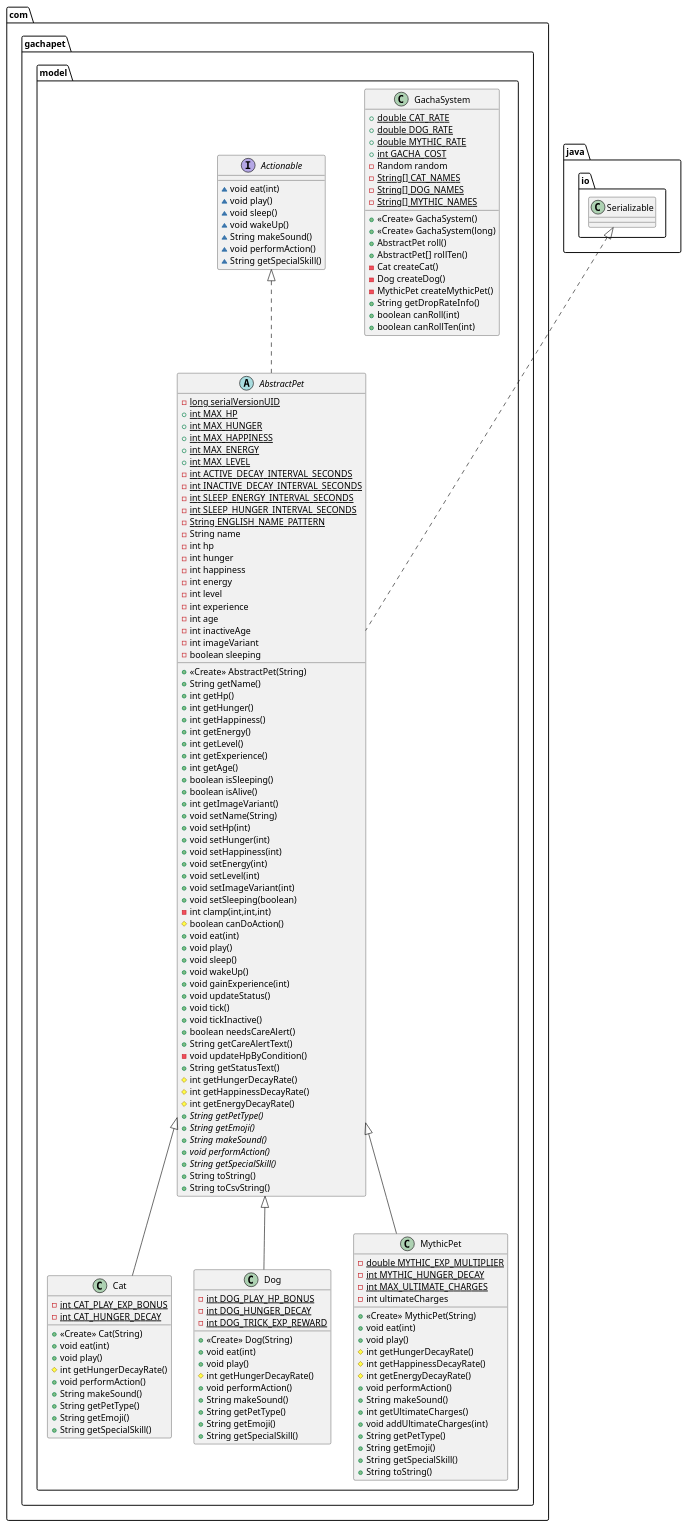
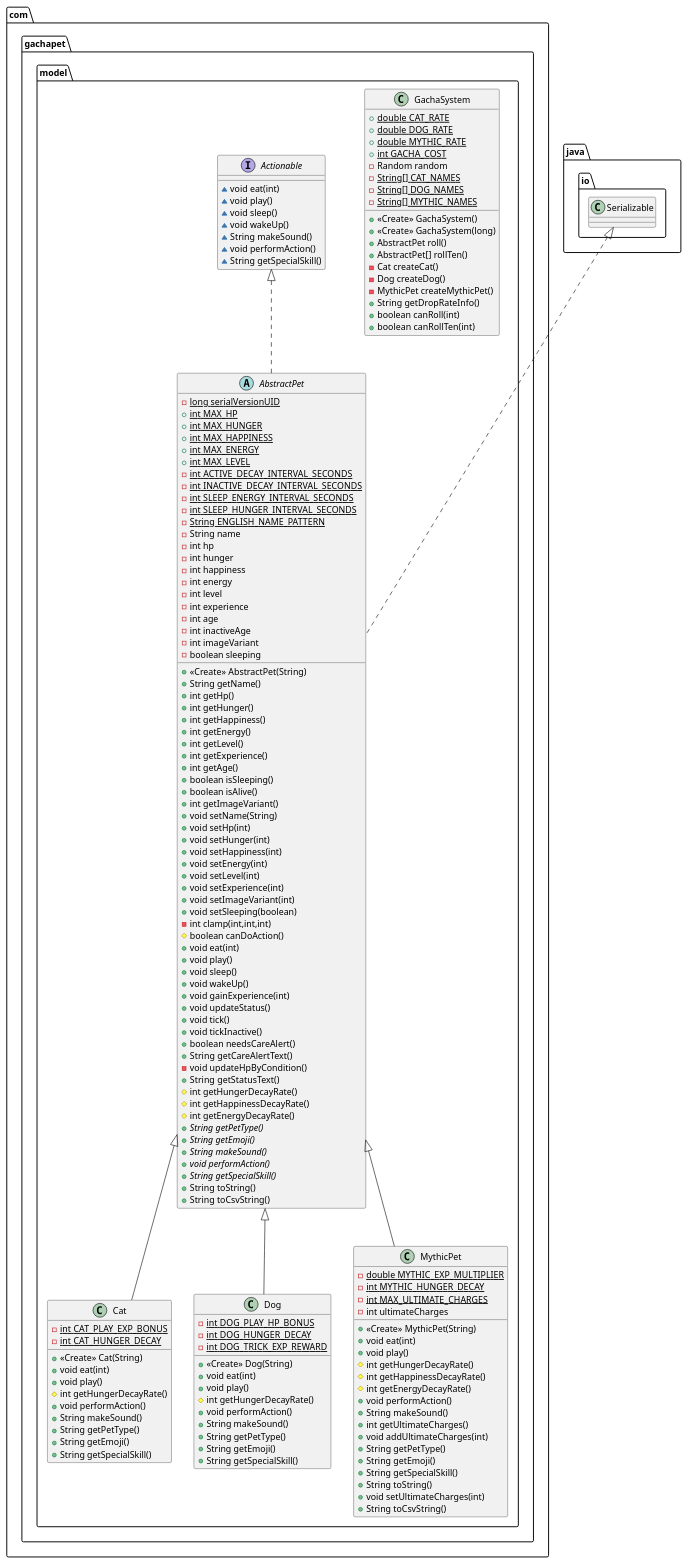
The diagram in UML/model.puml (koalagirl-c/WeWithdrawProgmeth), drawn with PlantUML before and after one commit. The commit also changed 10 other files, not shown here.

Commit message:
edit uml from addition code

```diff
--- a/UML/model.puml
+++ b/UML/model.puml
@@ -1,164 +1,167 @@
 @startuml
 abstract class com.gachapet.model.AbstractPet {
 - {static} long serialVersionUID
 + {static} int MAX_HP
 + {static} int MAX_HUNGER
 + {static} int MAX_HAPPINESS
 + {static} int MAX_ENERGY
 + {static} int MAX_LEVEL
 - {static} int ACTIVE_DECAY_INTERVAL_SECONDS
 - {static} int INACTIVE_DECAY_INTERVAL_SECONDS
 - {static} int SLEEP_ENERGY_INTERVAL_SECONDS
 - {static} int SLEEP_HUNGER_INTERVAL_SECONDS
 - {static} String ENGLISH_NAME_PATTERN
 - String name
 - int hp
 - int hunger
 - int happiness
 - int energy
 - int level
 - int experience
 - int age
 - int inactiveAge
 - int imageVariant
 - boolean sleeping
 + <<Create>> AbstractPet(String)
 + String getName()
 + int getHp()
 + int getHunger()
 + int getHappiness()
 + int getEnergy()
 + int getLevel()
 + int getExperience()
 + int getAge()
 + boolean isSleeping()
 + boolean isAlive()
 + int getImageVariant()
 + void setName(String)
 + void setHp(int)
 + void setHunger(int)
 + void setHappiness(int)
 + void setEnergy(int)
 + void setLevel(int)
++ void setExperience(int)
 + void setImageVariant(int)
 + void setSleeping(boolean)
 - int clamp(int,int,int)
 # boolean canDoAction()
 + void eat(int)
 + void play()
 + void sleep()
 + void wakeUp()
 + void gainExperience(int)
 + void updateStatus()
 + void tick()
 + void tickInactive()
 + boolean needsCareAlert()
 + String getCareAlertText()
 - void updateHpByCondition()
 + String getStatusText()
 # int getHungerDecayRate()
 # int getHappinessDecayRate()
 # int getEnergyDecayRate()
 + {abstract}String getPetType()
 + {abstract}String getEmoji()
 + {abstract}String makeSound()
 + {abstract}void performAction()
 + {abstract}String getSpecialSkill()
 + String toString()
 + String toCsvString()
 }
 
 
 class com.gachapet.model.Cat {
 - {static} int CAT_PLAY_EXP_BONUS
 - {static} int CAT_HUNGER_DECAY
 + <<Create>> Cat(String)
 + void eat(int)
 + void play()
 # int getHungerDecayRate()
 + void performAction()
 + String makeSound()
 + String getPetType()
 + String getEmoji()
 + String getSpecialSkill()
 }
 
 
 class com.gachapet.model.Dog {
 - {static} int DOG_PLAY_HP_BONUS
 - {static} int DOG_HUNGER_DECAY
 - {static} int DOG_TRICK_EXP_REWARD
 + <<Create>> Dog(String)
 + void eat(int)
 + void play()
 # int getHungerDecayRate()
 + void performAction()
 + String makeSound()
 + String getPetType()
 + String getEmoji()
 + String getSpecialSkill()
 }
 
 
 class com.gachapet.model.GachaSystem {
 + {static} double CAT_RATE
 + {static} double DOG_RATE
 + {static} double MYTHIC_RATE
 + {static} int GACHA_COST
 - Random random
 - {static} String[] CAT_NAMES
 - {static} String[] DOG_NAMES
 - {static} String[] MYTHIC_NAMES
 + <<Create>> GachaSystem()
 + <<Create>> GachaSystem(long)
 + AbstractPet roll()
 + AbstractPet[] rollTen()
 - Cat createCat()
 - Dog createDog()
 - MythicPet createMythicPet()
 + String getDropRateInfo()
 + boolean canRoll(int)
 + boolean canRollTen(int)
 }
 
 
 class com.gachapet.model.MythicPet {
 - {static} double MYTHIC_EXP_MULTIPLIER
 - {static} int MYTHIC_HUNGER_DECAY
 - {static} int MAX_ULTIMATE_CHARGES
 - int ultimateCharges
 + <<Create>> MythicPet(String)
 + void eat(int)
 + void play()
 # int getHungerDecayRate()
 # int getHappinessDecayRate()
 # int getEnergyDecayRate()
 + void performAction()
 + String makeSound()
 + int getUltimateCharges()
 + void addUltimateCharges(int)
 + String getPetType()
 + String getEmoji()
 + String getSpecialSkill()
 + String toString()
++ void setUltimateCharges(int)
++ String toCsvString()
 }
 
 
 interface com.gachapet.model.Actionable {
 ~ void eat(int)
 ~ void play()
 ~ void sleep()
 ~ void wakeUp()
 ~ String makeSound()
 ~ void performAction()
 ~ String getSpecialSkill()
 }
 
 
 
 com.gachapet.model.Actionable <|.. com.gachapet.model.AbstractPet
 java.io.Serializable <|.. com.gachapet.model.AbstractPet
 com.gachapet.model.AbstractPet <|-- com.gachapet.model.Cat
 com.gachapet.model.AbstractPet <|-- com.gachapet.model.Dog
 com.gachapet.model.AbstractPet <|-- com.gachapet.model.MythicPet
 @enduml
```
